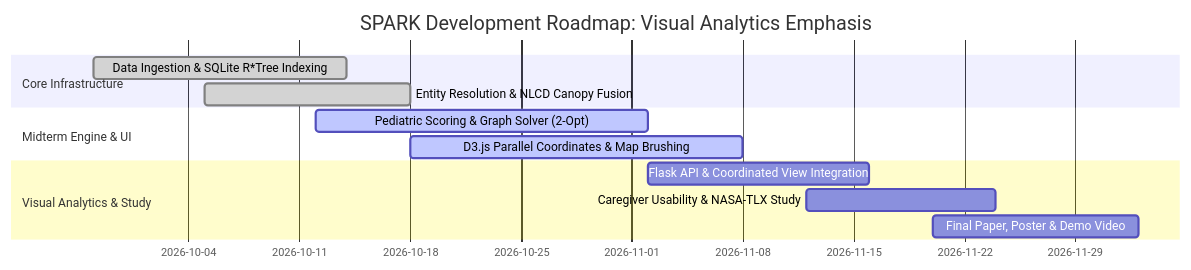
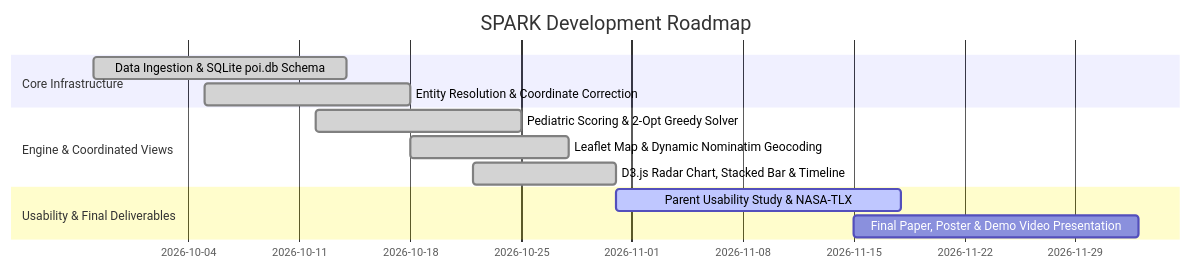
Before and after one commit to manoj-android/cse-6242-project: the third of 3 diagrams in projectwork/docs/progress_report.md, drawn with Mermaid. The commit also changed other lines of this file and 39 other files, not shown here.

````diff
--- a/projectwork/docs/progress_report.md
+++ b/projectwork/docs/progress_report.md
@@ -196,15 +202,15 @@
 ```mermaid
 gantt
     dateFormat  YYYY-MM-DD
-    title SPARK Development Roadmap: Visual Analytics Emphasis
+    title SPARK Development Roadmap
     section Core Infrastructure
-    Data Ingestion & SQLite R*Tree Indexing     :done, m1, 2026-09-28, 2026-10-14
-    Entity Resolution & NLCD Canopy Fusion      :done, m2, 2026-10-05, 2026-10-18
-    section Midterm Engine & UI
-    Pediatric Scoring & Graph Solver (2-Opt)    :active, m3, 2026-10-12, 2026-11-02
-    D3.js Parallel Coordinates & Map Brushing   :active, m4, 2026-10-18, 2026-11-08
-    section Visual Analytics & Study
-    Flask API & Coordinated View Integration   :m5, 2026-11-02, 2026-11-16
-    Caregiver Usability & NASA-TLX Study        :m6, 2026-11-12, 2026-11-24
-    Final Paper, Poster & Demo Video            :m7, 2026-11-20, 2026-12-03
+    Data Ingestion & SQLite poi.db Schema       :done, m1, 2026-09-28, 2026-10-14
+    Entity Resolution & Coordinate Correction   :done, m2, 2026-10-05, 2026-10-18
+    section Engine & Coordinated Views
+    Pediatric Scoring & 2-Opt Greedy Solver     :done, m3, 2026-10-12, 2026-10-25
+    Leaflet Map & Dynamic Nominatim Geocoding   :done, m4, 2026-10-18, 2026-10-28
+    D3.js Radar Chart, Stacked Bar & Timeline   :done, m5, 2026-10-22, 2026-10-31
+    section Usability & Final Deliverables
+    Parent Usability Study & NASA-TLX           :active, m6, 2026-10-31, 2026-11-18
+    Final Paper, Poster & Demo Video Presentation:m7, 2026-11-15, 2026-12-03
 ```
````
